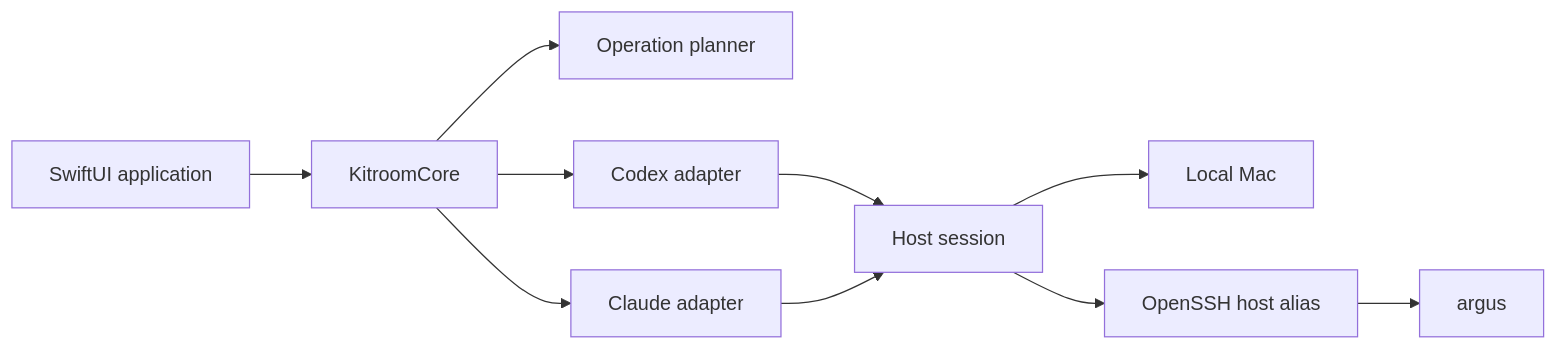
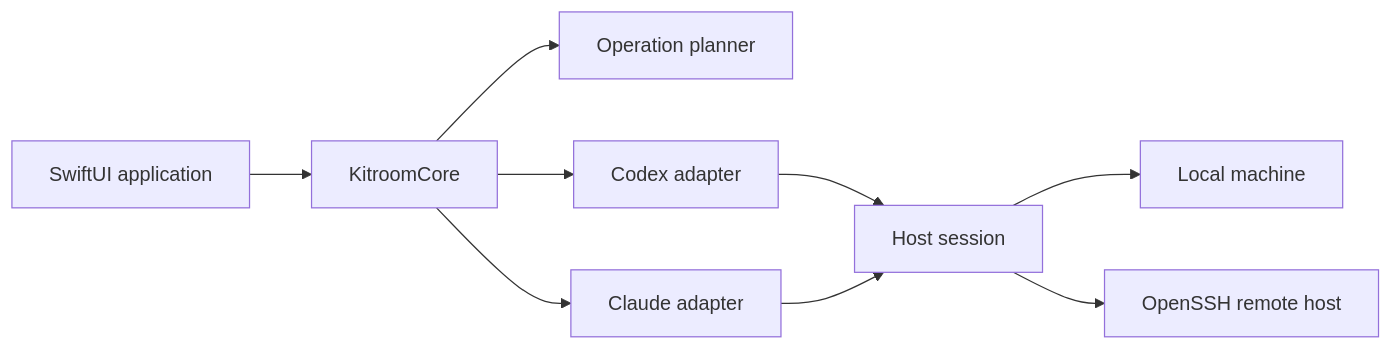
One commit to l0cka/kitroom changed the diagram in README.md. Above: the diagram before and after it, drawn with Mermaid. The commit also changed other lines of this file and 9 other files, not shown here.

````diff
--- a/README.md
+++ b/README.md
@@ -87,12 +86,11 @@
 ```mermaid
 flowchart LR
     UI["SwiftUI application"] --> Core["KitroomCore"]
     Core --> Plan["Operation planner"]
     Core --> Codex["Codex adapter"]
     Core --> Claude["Claude adapter"]
     Codex --> Session["Host session"]
     Claude --> Session
-    Session --> Local["Local Mac"]
-    Session --> SSH["OpenSSH host alias"]
-    SSH --> Argus["argus"]
+    Session --> Local["Local machine"]
+    Session --> SSH["OpenSSH remote host"]
 ```
````
